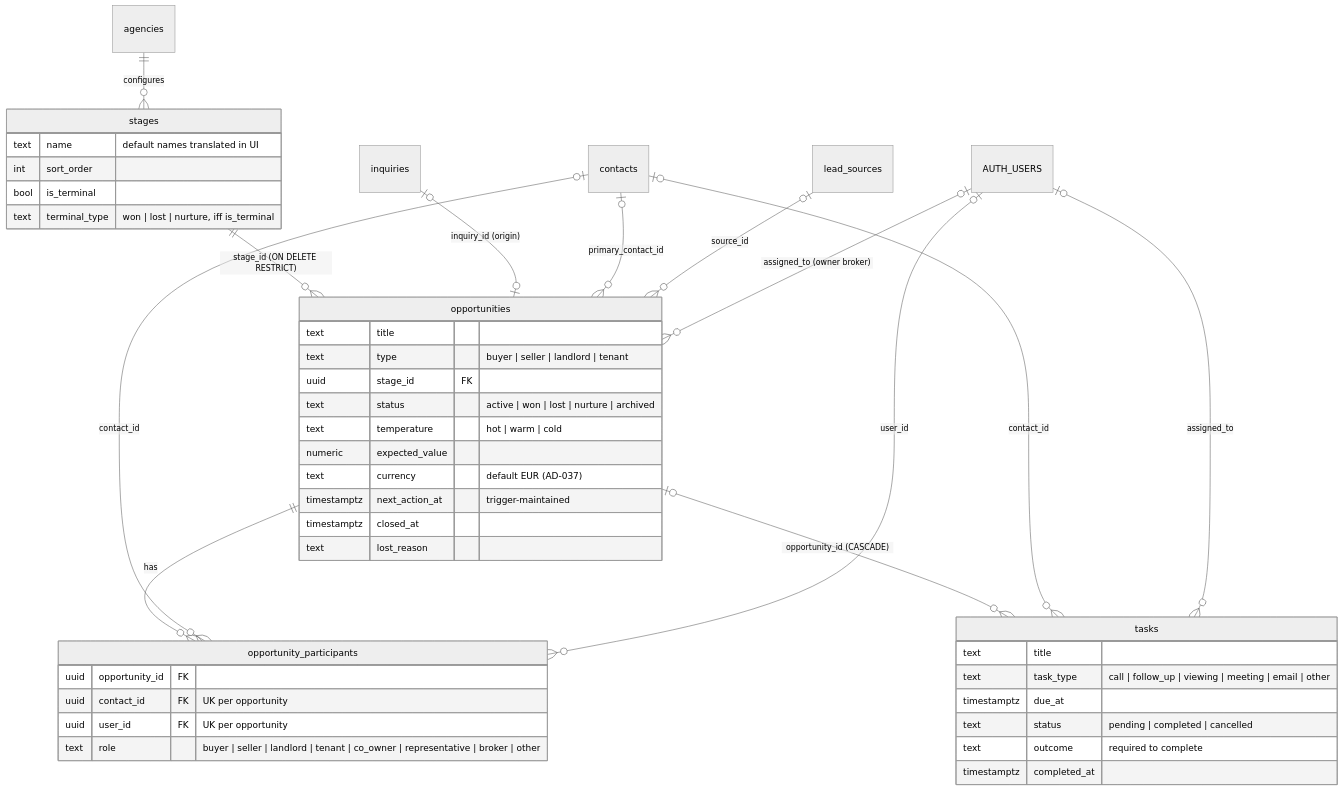
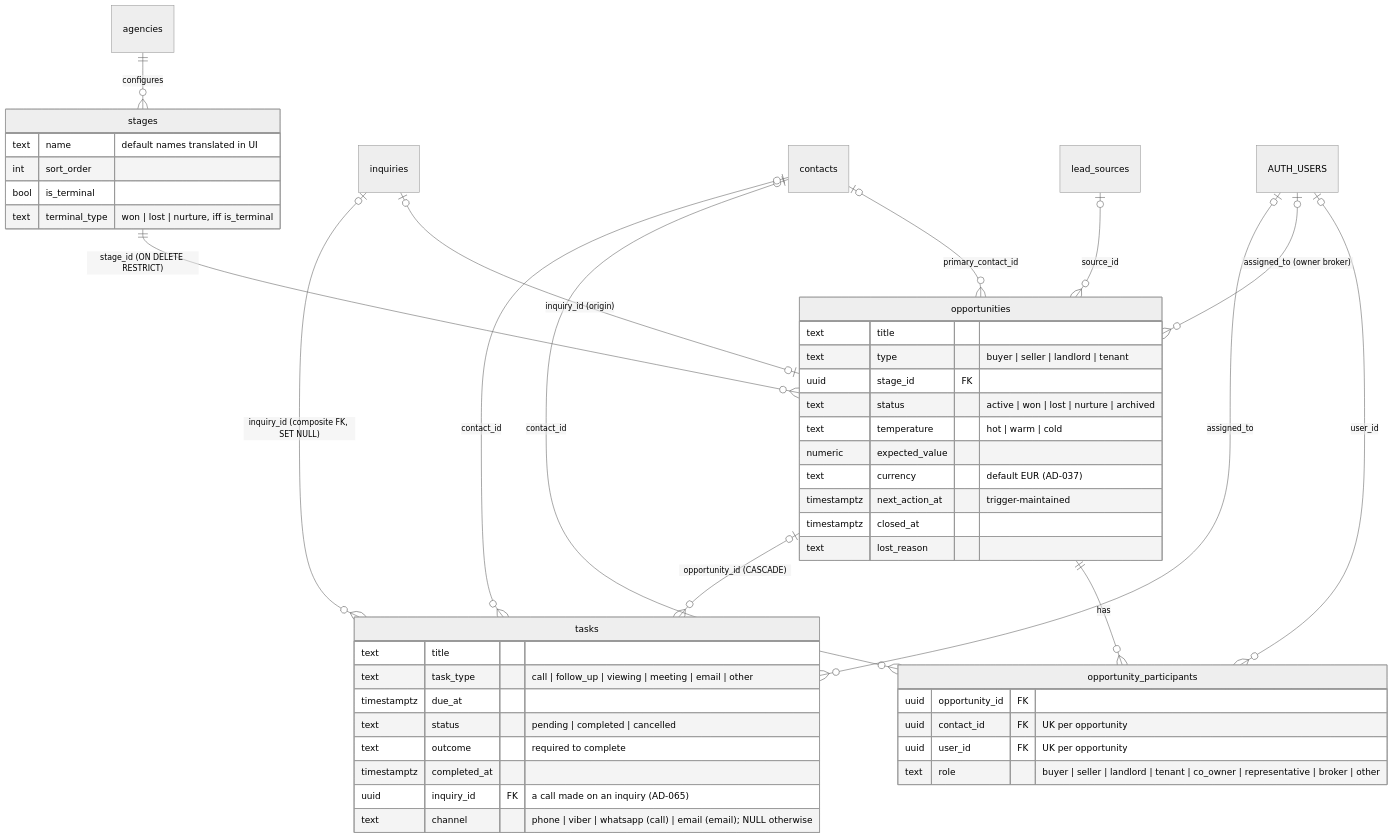
One commit to dreaminglory/retail_broker_CRM changed the fourth of 16 diagrams in docs/domain-model.md. Above: the diagram before and after it, drawn with Mermaid (neutral theme). The commit also changed other lines of this file and 4 other files, not shown here.

First line of the commit message:
feat(phone-loop): tasks.inquiry_id, tasks.channel, inquiries.contacted_at (T2)

````diff
--- a/docs/domain-model.md
+++ b/docs/domain-model.md
@@ -181,48 +182,51 @@
 ```mermaid
 erDiagram
   agencies ||--o{ stages : "configures"
   stages ||--o{ opportunities : "stage_id (ON DELETE RESTRICT)"
   inquiries |o--o| opportunities : "inquiry_id (origin)"
   contacts |o--o{ opportunities : "primary_contact_id"
   lead_sources |o--o{ opportunities : "source_id"
   opportunities ||--o{ opportunity_participants : "has"
   contacts |o--o{ opportunity_participants : "contact_id"
   AUTH_USERS |o--o{ opportunity_participants : "user_id"
   opportunities |o--o{ tasks : "opportunity_id (CASCADE)"
   contacts |o--o{ tasks : "contact_id"
+  inquiries |o--o{ tasks : "inquiry_id (composite FK, SET NULL)"
   AUTH_USERS |o--o{ opportunities : "assigned_to (owner broker)"
   AUTH_USERS |o--o{ tasks : "assigned_to"
 
   stages {
     text name "default names translated in UI"
     int sort_order
     bool is_terminal
     text terminal_type "won | lost | nurture, iff is_terminal"
   }
   opportunities {
     text title
     text type "buyer | seller | landlord | tenant"
     uuid stage_id FK
     text status "active | won | lost | nurture | archived"
     text temperature "hot | warm | cold"
     numeric expected_value
     text currency "default EUR (AD-037)"
     timestamptz next_action_at "trigger-maintained"
     timestamptz closed_at
     text lost_reason
   }
   opportunity_participants {
     uuid opportunity_id FK
     uuid contact_id FK "UK per opportunity"
     uuid user_id FK "UK per opportunity"
     text role "buyer | seller | landlord | tenant | co_owner | representative | broker | other"
   }
   tasks {
     text title
     text task_type "call | follow_up | viewing | meeting | email | other"
     timestamptz due_at
     text status "pending | completed | cancelled"
     text outcome "required to complete"
     timestamptz completed_at
+    uuid inquiry_id FK "a call made on an inquiry (AD-065)"
+    text channel "phone | viber | whatsapp (call) | email (email); NULL otherwise"
   }
 ```
````
